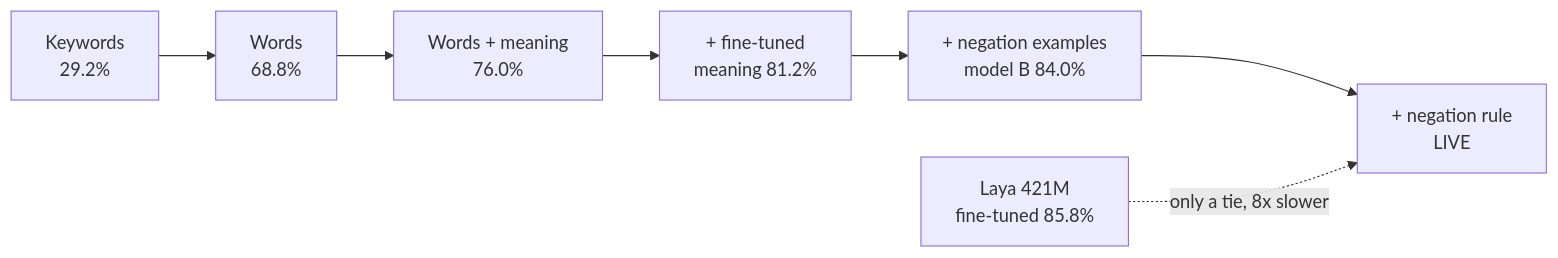
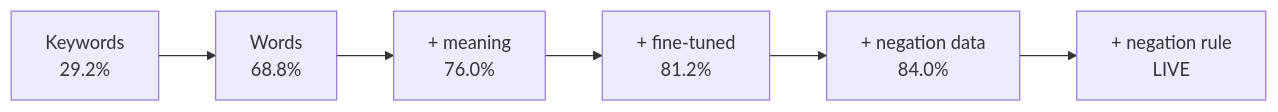
The fifth of 7 diagrams in README.md (saramamatha19/AetherionPrism), drawn with Mermaid before and after one commit. The commit also changed other lines of this file and 1 other file, not shown here.

````diff
--- a/README.md
+++ b/README.md
@@ -134,5 +85,4 @@
 ```mermaid
 flowchart LR
-    K["Keywords<br/>29.2%"] --> A["Words<br/>68.8%"] --> C["Words + meaning<br/>76.0%"] --> F["+ fine-tuned<br/>meaning 81.2%"] --> B["+ negation examples<br/>model B 84.0%"] --> LIVE["+ negation rule<br/>LIVE"]
-    LA["Laya 421M<br/>fine-tuned 85.8%"] -.->|"only a tie, 8x slower"| LIVE
+    K["Keywords<br/>29.2%"] --> A["Words<br/>68.8%"] --> C["+ meaning<br/>76.0%"] --> F["+ fine-tuned<br/>81.2%"] --> B["+ negation data<br/>84.0%"] --> LIVE["+ negation rule<br/>LIVE"]
 ```
````
